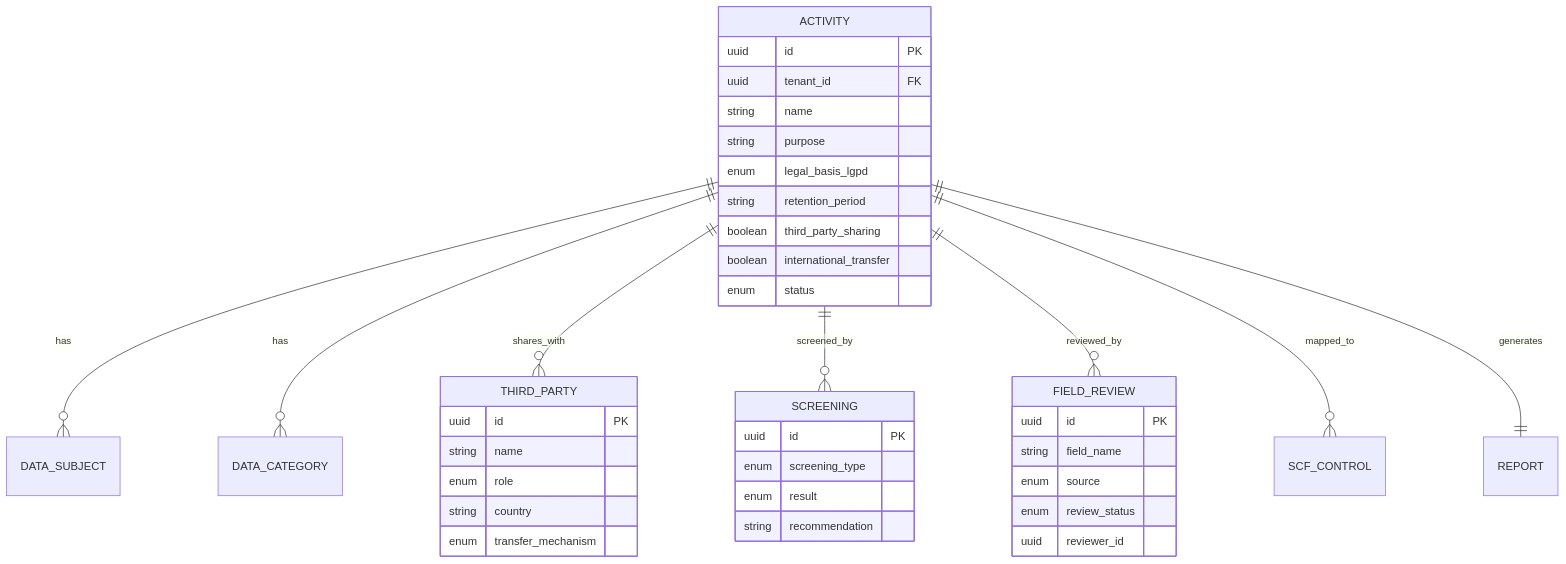
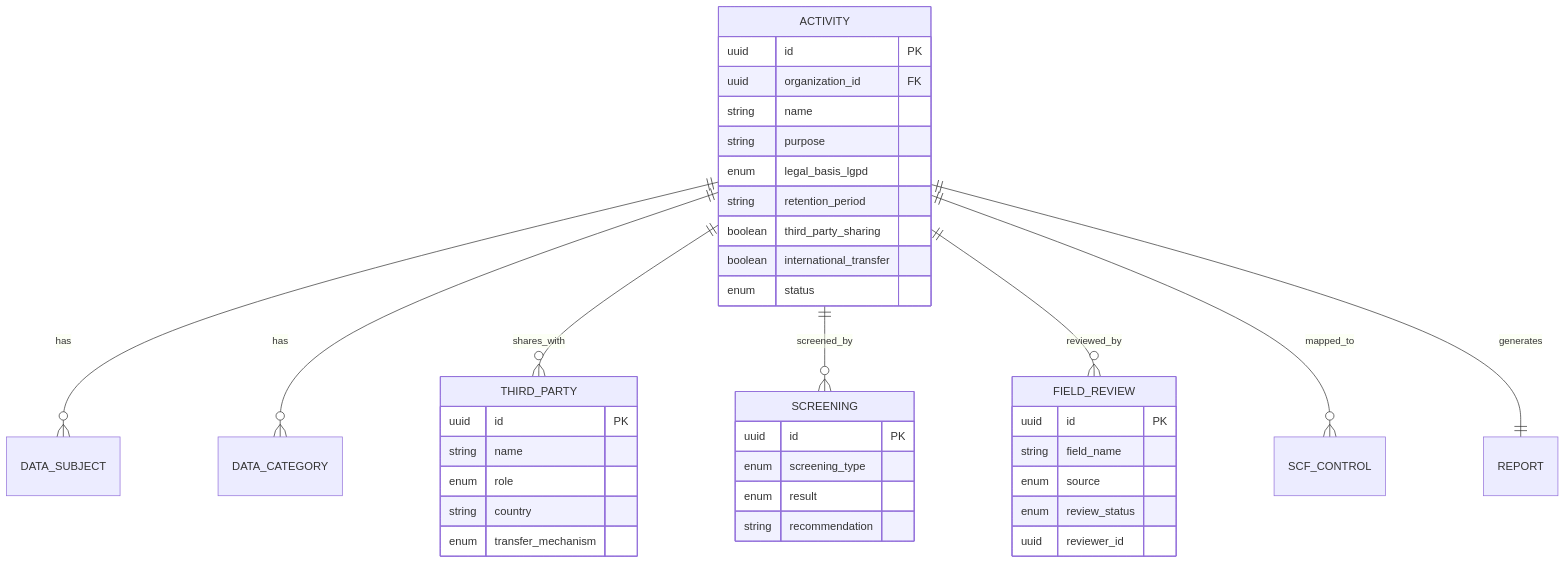
The diagram in apps/docs/src/content/docs/api/privacy-ropa-sdk.md (resper1965/standard-api), drawn with Mermaid before and after one commit. The commit also changed other lines of this file and 507 other files, not shown here.

````diff
--- a/apps/docs/src/content/docs/api/privacy-ropa-sdk.md
+++ b/apps/docs/src/content/docs/api/privacy-ropa-sdk.md
@@ -418,45 +418,45 @@
 ```mermaid
 erDiagram
     ACTIVITY ||--o{ DATA_SUBJECT : has
     ACTIVITY ||--o{ DATA_CATEGORY : has
     ACTIVITY ||--o{ THIRD_PARTY : shares_with
     ACTIVITY ||--o{ SCREENING : screened_by
     ACTIVITY ||--o{ FIELD_REVIEW : reviewed_by
     ACTIVITY ||--o{ SCF_CONTROL : mapped_to
     ACTIVITY ||--|| REPORT : generates
 
     ACTIVITY {
         uuid id PK
-        uuid tenant_id FK
+        uuid organization_id FK
         string name
         string purpose
         enum legal_basis_lgpd
         string retention_period
         boolean third_party_sharing
         boolean international_transfer
         enum status
     }
 
     THIRD_PARTY {
         uuid id PK
         string name
         enum role
         string country
         enum transfer_mechanism
     }
 
     SCREENING {
         uuid id PK
         enum screening_type
         enum result
         string recommendation
     }
 
     FIELD_REVIEW {
         uuid id PK
         string field_name
         enum source
         enum review_status
         uuid reviewer_id
     }
 ```
````
